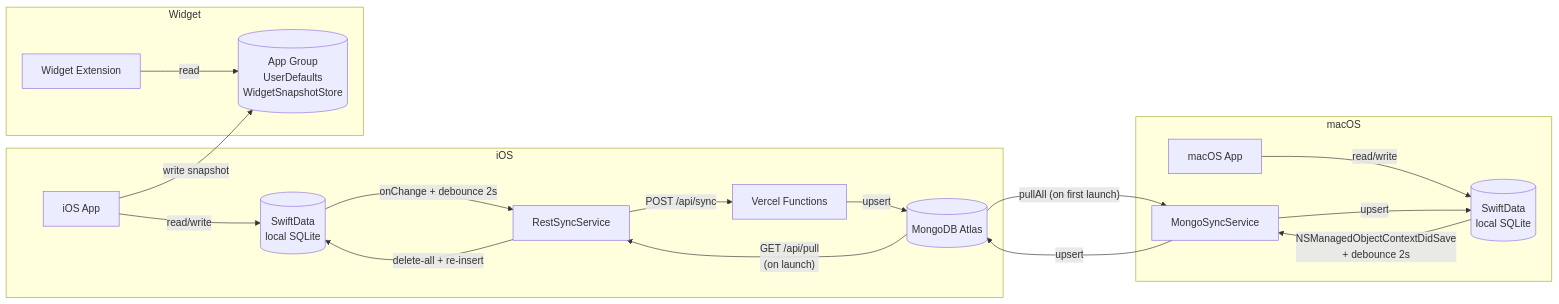
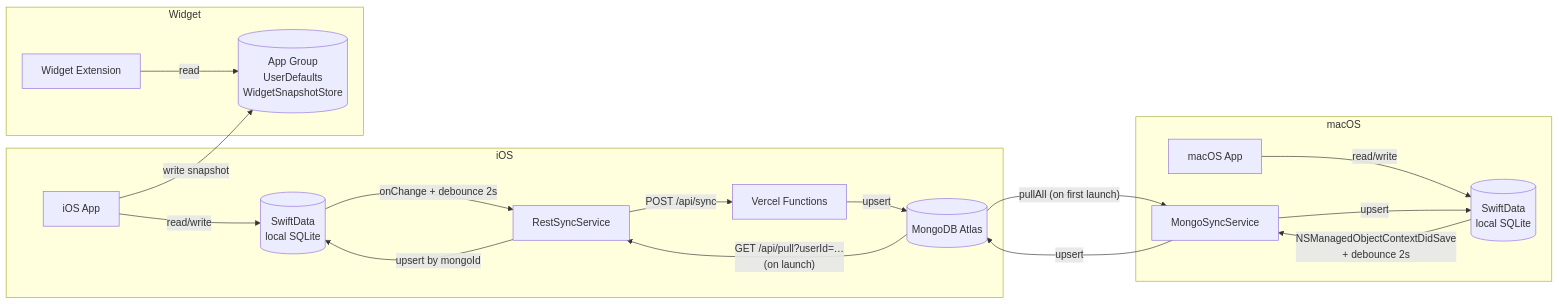
One commit to albertobarrago/timelog changed the second of 2 diagrams in docs/02-data-model.md. Above: the diagram before and after it, drawn with Mermaid. The commit also changed other lines of this file and 9 other files, not shown here.

````diff
--- a/docs/02-data-model.md
+++ b/docs/02-data-model.md
@@ -91,24 +97,24 @@
 ```mermaid
 flowchart LR
     subgraph iOS
         iApp["iOS App"] -->|"read/write"| SD_iOS[("SwiftData\nlocal SQLite")]
         SD_iOS -->|"onChange + debounce 2s"| RSS["RestSyncService"]
         RSS -->|"POST /api/sync"| VCL["Vercel Functions"]
         VCL -->|"upsert"| MDB[("MongoDB Atlas")]
-        MDB -->|"GET /api/pull\n(on launch)"| RSS
-        RSS -->|"delete-all + re-insert"| SD_iOS
+        MDB -->|"GET /api/pull?userId=…\n(on launch)"| RSS
+        RSS -->|"upsert by mongoId"| SD_iOS
     end
 
     subgraph macOS
         mApp["macOS App"] -->|"read/write"| SD_MAC[("SwiftData\nlocal SQLite")]
         SD_MAC -->|"NSManagedObjectContextDidSave\n+ debounce 2s"| MSS["MongoSyncService"]
         MSS -->|"upsert"| MDB
         MDB -->|"pullAll (on first launch)"| MSS
         MSS -->|"upsert"| SD_MAC
     end
 
     subgraph Widget
         wWidget["Widget Extension"] -->|"read"| AppGroup[("App Group\nUserDefaults\nWidgetSnapshotStore")]
         iApp -->|"write snapshot"| AppGroup
     end
 ```
````
